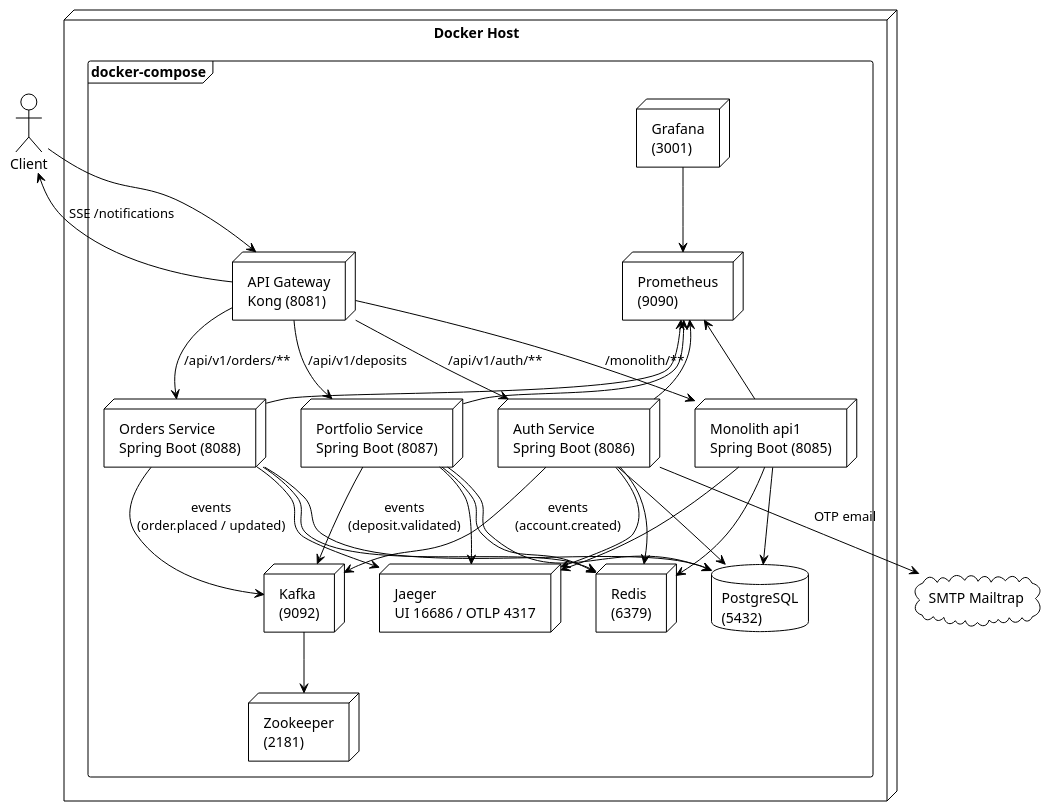
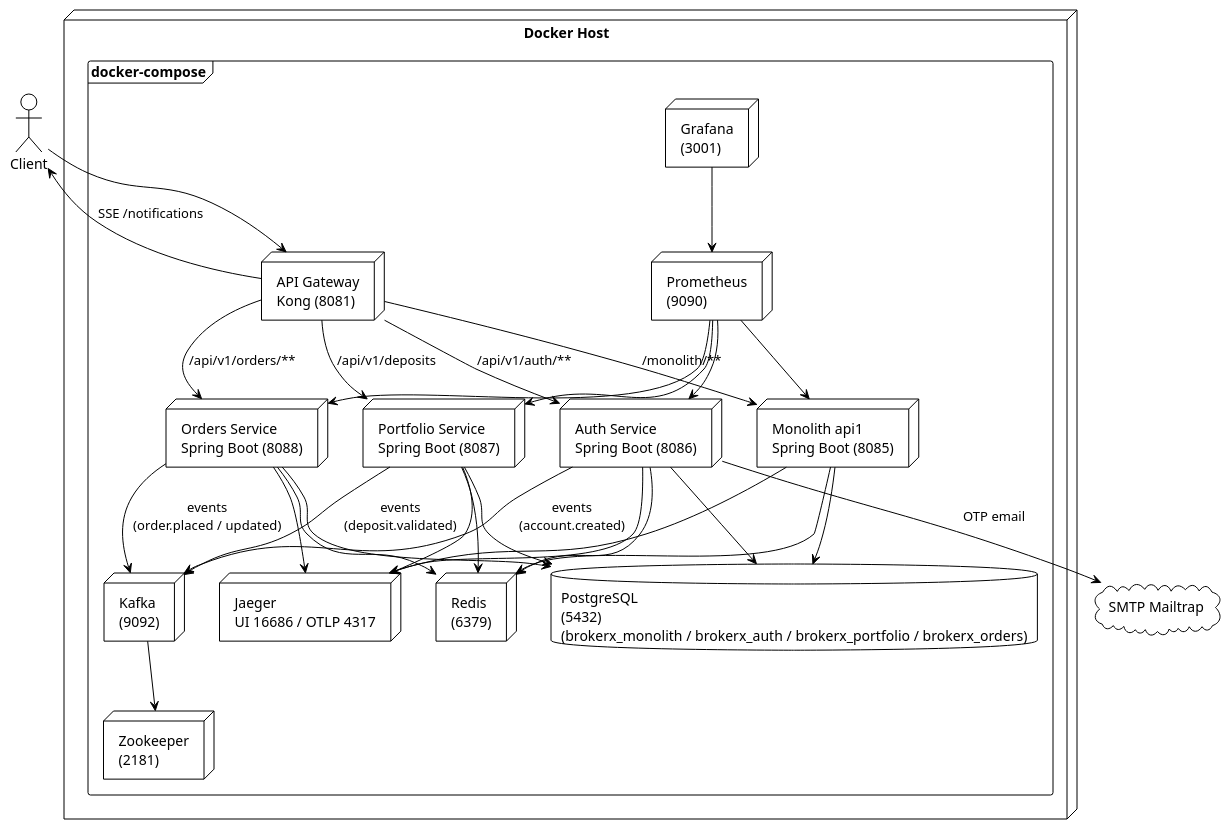
Before and after one commit to AymanZahir/brokerX-phase1: the diagram in brokerx/docs/architecture/views/deployment.puml, drawn with PlantUML. The commit also changed 19 other files, not shown here.

```diff
--- a/brokerx/docs/architecture/views/deployment.puml
+++ b/brokerx/docs/architecture/views/deployment.puml
@@ -1,60 +1,60 @@
 @startuml
 !theme plain
 
 actor Client as browser
 node "Docker Host" {
   frame "docker-compose" {
     node "API Gateway\nKong (8081)" as gateway
     node "Auth Service\nSpring Boot (8086)" as auth
     node "Portfolio Service\nSpring Boot (8087)" as portfolio
     node "Orders Service\nSpring Boot (8088)" as orders
     node "Monolith api1\nSpring Boot (8085)" as api1
     node "Kafka\n(9092)" as kafka
     node "Zookeeper\n(2181)" as zookeeper
     node "Redis\n(6379)" as redis
-    database "PostgreSQL\n(5432)" as db
+    database "PostgreSQL\n(5432)\n(brokerx_monolith / brokerx_auth / brokerx_portfolio / brokerx_orders)" as db
     node "Prometheus\n(9090)" as prometheus
     node "Grafana\n(3001)" as grafana
     node "Jaeger\nUI 16686 / OTLP 4317" as jaeger
   }
 }
 
 cloud "SMTP Mailtrap" as smtp
 
 browser --> gateway
 gateway --> auth : /api/v1/auth/**
 gateway --> portfolio : /api/v1/deposits
 gateway --> orders : /api/v1/orders/**
 gateway --> api1 : /monolith/**
 
 auth --> db
 portfolio --> db
 orders --> db
 api1 --> db
 
 auth --> kafka : events\n(account.created)
 portfolio --> kafka : events\n(deposit.validated)
 orders --> kafka : events\n(order.placed / updated)
 kafka --> zookeeper
 
 auth --> redis
 portfolio --> redis
 orders --> redis
 api1 --> redis
 
 auth --> smtp : OTP email
 
-prometheus <-down- auth
-prometheus <-down- portfolio
-prometheus <-down- orders
-prometheus <-down- api1
+prometheus -down-> auth
+prometheus -down-> portfolio
+prometheus -down-> orders
+prometheus -down-> api1
 grafana --> prometheus
 
 auth --> jaeger
 portfolio --> jaeger
 orders --> jaeger
 api1 --> jaeger
 
 browser <-- gateway : SSE /notifications
 
 @enduml
```
